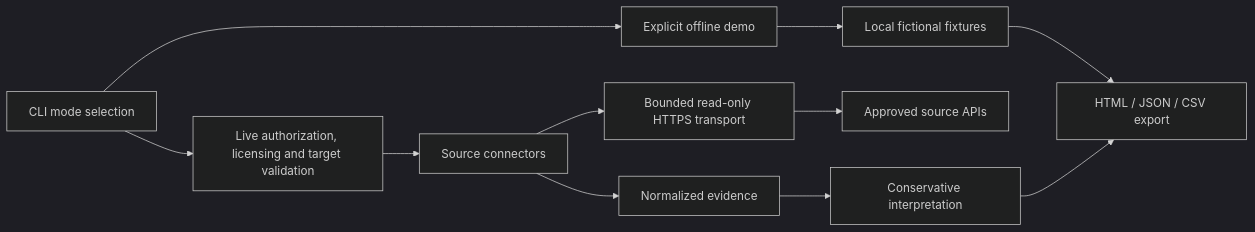
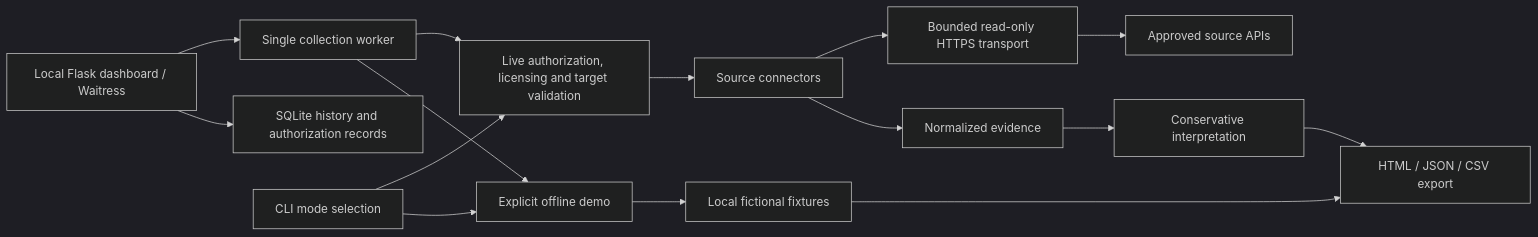
Before and after one commit to masud1445/osint-recon-toolkit: the diagram in docs/ARCHITECTURE.md, drawn with Mermaid (dark theme). The commit also changed other lines of this file and 25 other files, not shown here.

Commit message:
Preserve recovered local intelligence dashboard implementation

````diff
--- a/docs/ARCHITECTURE.md
+++ b/docs/ARCHITECTURE.md
@@ -3,13 +3,17 @@
 ```mermaid
 flowchart LR
-    A[CLI mode selection] --> B[Live authorization, licensing and target validation]
+    W[Local Flask dashboard / Waitress] --> Q[Single collection worker]
+    Q --> B[Live authorization, licensing and target validation]
+    W --> S[SQLite history and authorization records]
+    A[CLI mode selection] --> B
     A --> I[Explicit offline demo]
+    Q --> I
     I --> J[Local fictional fixtures]
     J --> H
     B --> C[Source connectors]
     C --> D[Bounded read-only HTTPS transport]
     D --> E[Approved source APIs]
     C --> F[Normalized evidence]
     F --> G[Conservative interpretation]
     G --> H[HTML / JSON / CSV export]
 ```
````
